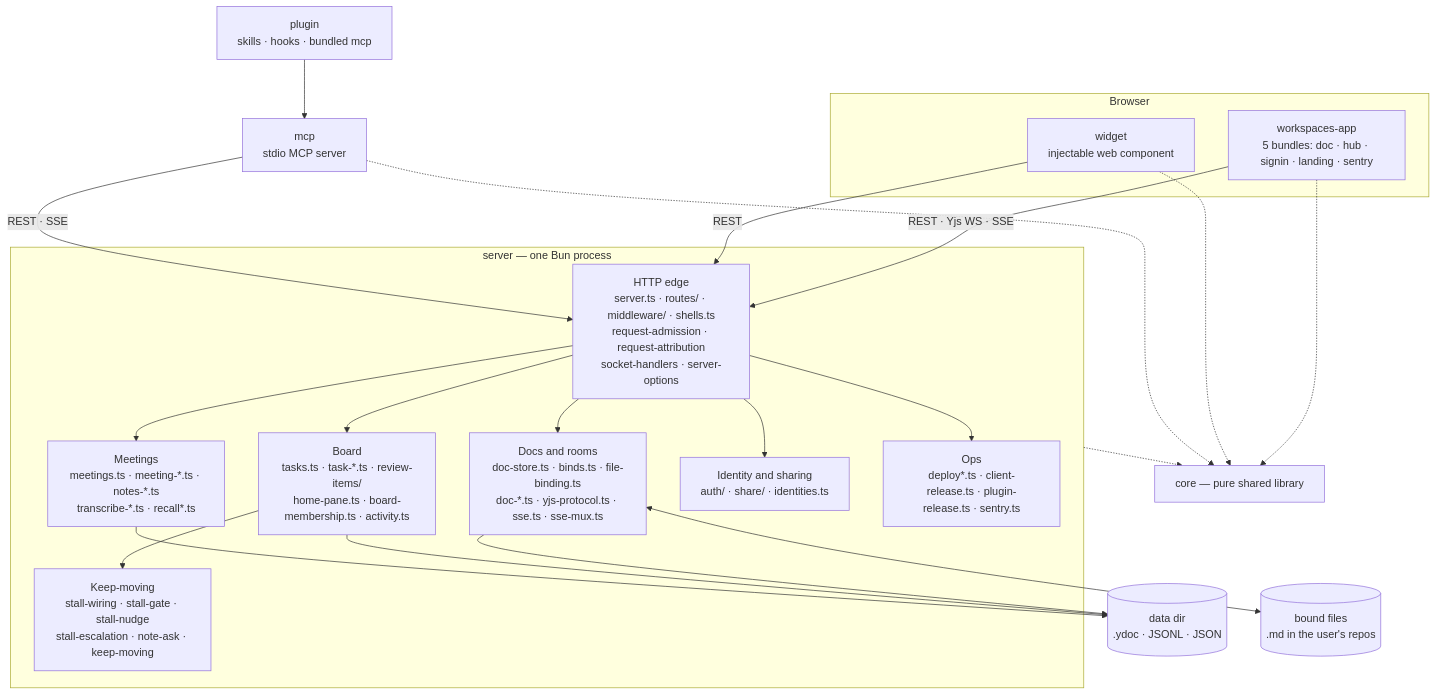
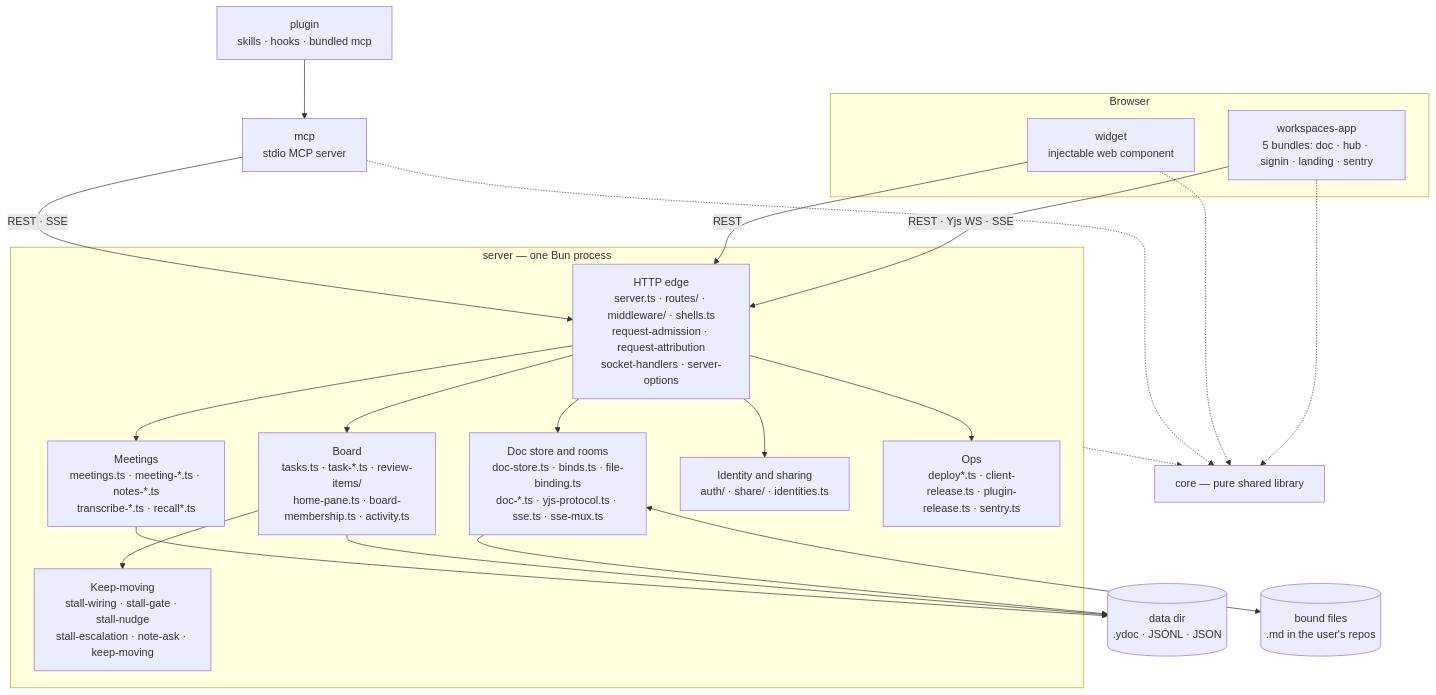
The first of 2 diagrams in docs/architecture/overview.md (fryanpan/claude-live-feedback-plugin), drawn with Mermaid before and after one commit. The commit also changed 4 other files, not shown here.

````diff
--- a/docs/architecture/overview.md
+++ b/docs/architecture/overview.md
@@ -11,32 +11,32 @@
 ```mermaid
 flowchart TB
   subgraph browser[Browser]
     app["workspaces-app<br/>5 bundles: doc · hub · signin · landing · sentry"]
     wid["widget<br/>injectable web component"]
   end
   plug["plugin<br/>skills · hooks · bundled mcp"]
   mcp["mcp<br/>stdio MCP server"]
   subgraph srv["server — one Bun process"]
     edge["HTTP edge<br/>server.ts · routes/ · middleware/ · shells.ts<br/>request-admission · request-attribution<br/>socket-handlers · server-options"]
-    docs["Docs and rooms<br/>doc-store.ts · binds.ts · file-binding.ts<br/>doc-*.ts · yjs-protocol.ts · sse.ts · sse-mux.ts"]
+    docs["Doc store and rooms<br/>doc-store.ts · binds.ts · file-binding.ts<br/>doc-*.ts · yjs-protocol.ts · sse.ts · sse-mux.ts"]
     board["Board<br/>tasks.ts · task-*.ts · review-items/<br/>home-pane.ts · board-membership.ts · activity.ts"]
     meet["Meetings<br/>meetings.ts · meeting-*.ts · notes-*.ts<br/>transcribe-*.ts · recall*.ts"]
     keep["Keep-moving<br/>stall-wiring · stall-gate · stall-nudge<br/>stall-escalation · note-ask · keep-moving"]
     ident["Identity and sharing<br/>auth/ · share/ · identities.ts"]
     ops["Ops<br/>deploy*.ts · client-release.ts · plugin-release.ts · sentry.ts"]
   end
   core["core — pure shared library"]
   disk[("data dir<br/>.ydoc · JSONL · JSON")]
   files[("bound files<br/>.md in the user's repos")]
 
   app -->|"REST · Yjs WS · SSE"| edge
   wid -->|REST| edge
   plug --> mcp
   mcp -->|"REST · SSE"| edge
   edge --> docs & board & meet & ident & ops
   board --> keep
   docs <--> files
   docs & board & meet --> disk
   app & wid & mcp -.-> core
   srv -.-> core
 ```
````
